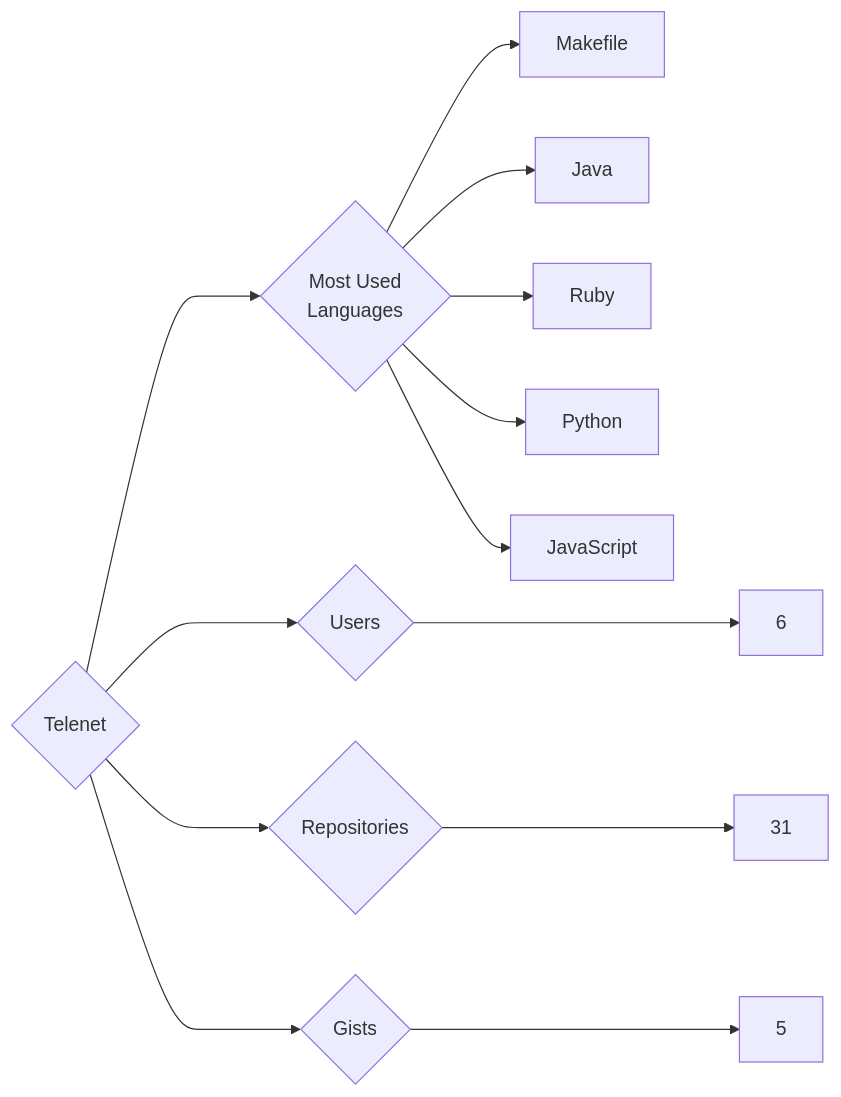
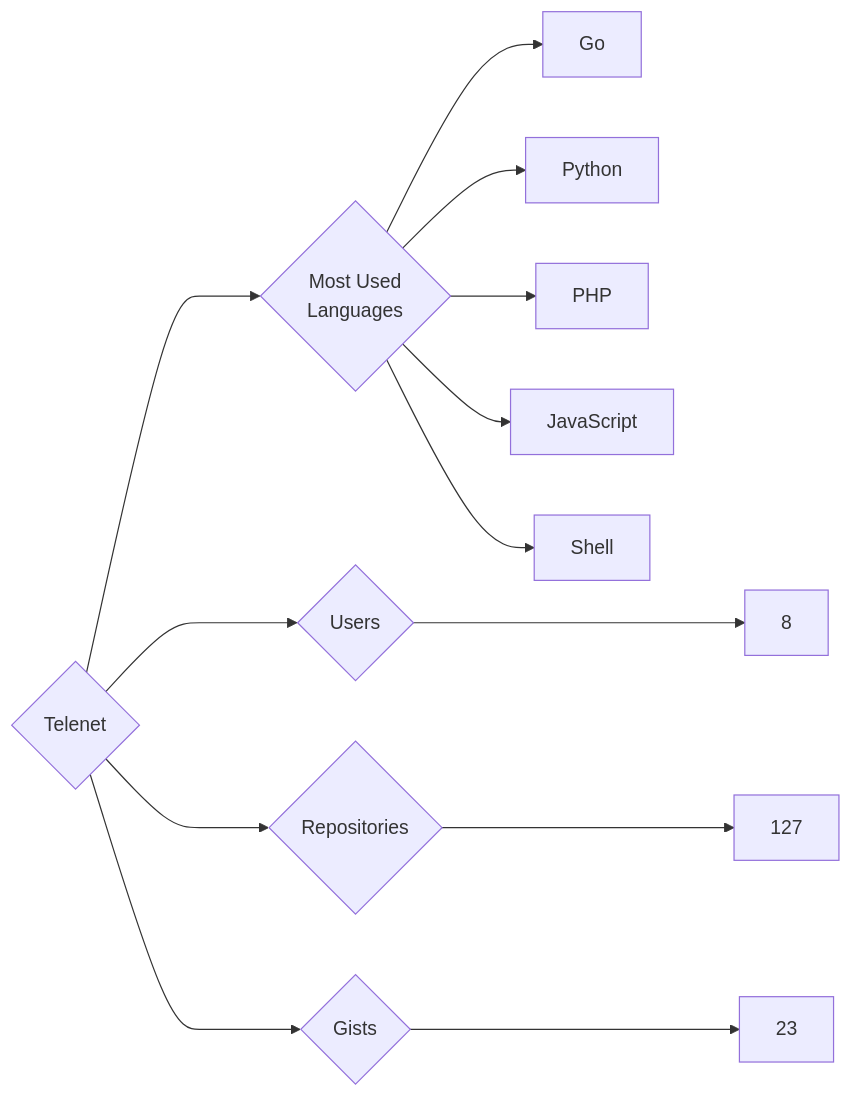
The diagram in targets/Telenet/README.md (trickest/insiders), drawn with Mermaid before and after one commit. The commit also changed 1508 other files, not shown here.

````diff
--- a/targets/Telenet/README.md
+++ b/targets/Telenet/README.md
@@ -3,13 +3,13 @@
 ```mermaid
 graph LR
 COMPANY_NAME{Telenet}
-COMPANY_NAME ---> U{Users} ---> UN[6]
-COMPANY_NAME ---> R{Repositories} ---> RN[31]
-COMPANY_NAME ---> G{Gists} ---> GN[5]
+COMPANY_NAME ---> U{Users} ---> UN[8]
+COMPANY_NAME ---> R{Repositories} ---> RN[127]
+COMPANY_NAME ---> G{Gists} ---> GN[23]
 COMPANY_NAME ---> ML{Most Used<br>Languages}
-ML --> Makefile[Makefile]
-ML --> Java[Java]
-ML --> Ruby[Ruby]
+ML --> Go[Go]
 ML --> Python[Python]
+ML --> PHP[PHP]
 ML --> JavaScript[JavaScript]
+ML --> Shell[Shell]
 ```
````
